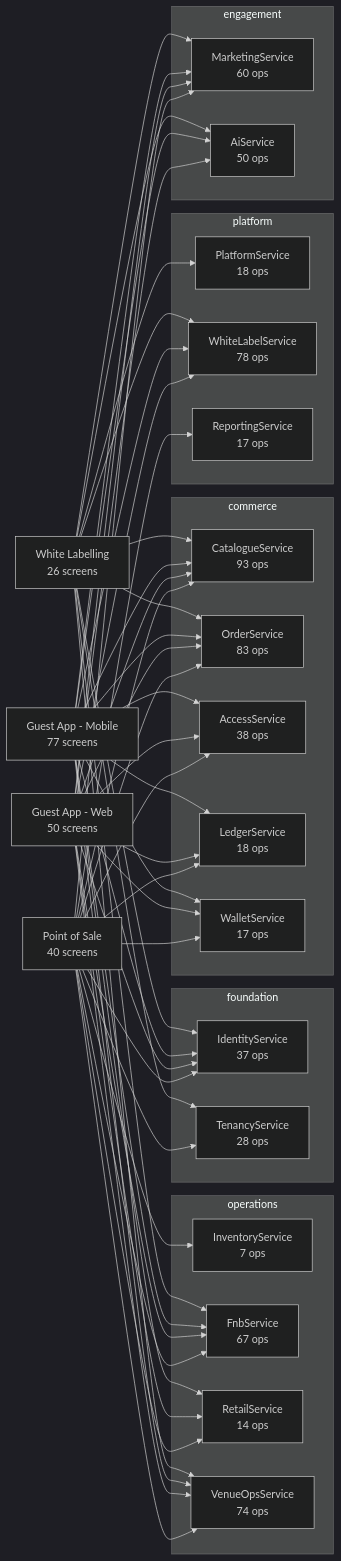
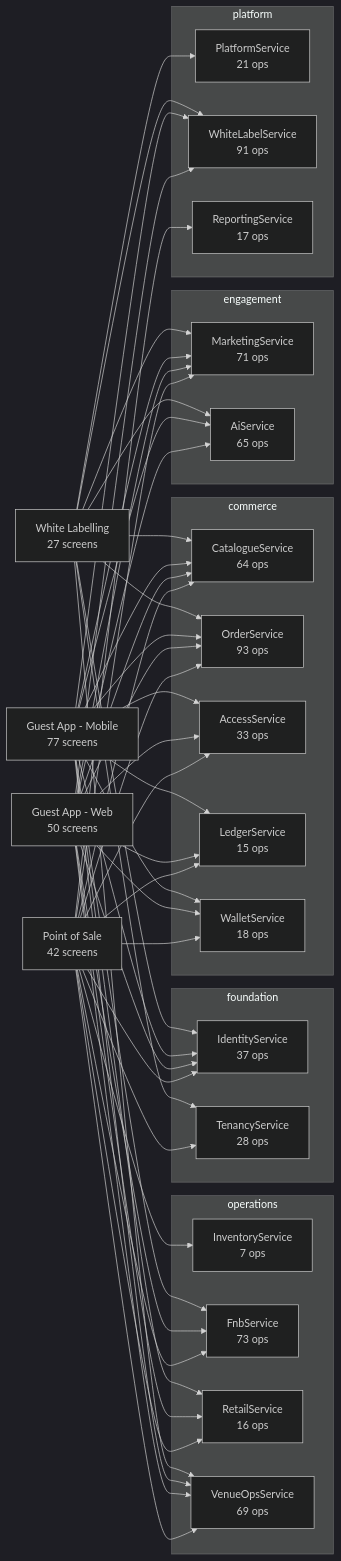
The diagram in ticvai/repos/ticvai-backend/project-bible/handoff/service-docs/README.md (Diretide298/Solution_Architecture), drawn with Mermaid (dark theme) before and after one commit. The commit also changed other lines of this file and 13004 other files, not shown here.

````diff
--- a/ticvai/repos/ticvai-backend/project-bible/handoff/service-docs/README.md
+++ b/ticvai/repos/ticvai-backend/project-bible/handoff/service-docs/README.md
@@ -9,80 +9,79 @@
 ```mermaid
 flowchart LR
-  POS["Point of Sale<br/>40 screens"]
+  POS["Point of Sale<br/>42 screens"]
   WEB["Guest App - Web<br/>50 screens"]
   MOB["Guest App - Mobile<br/>77 screens"]
-  WL["White Labelling<br/>26 screens"]
+  WL["White Labelling<br/>27 screens"]
   subgraph foundation
     IdentityService["IdentityService<br/>37 ops"]
     TenancyService["TenancyService<br/>28 ops"]
   end
   subgraph commerce
-    CatalogueService["CatalogueService<br/>93 ops"]
-    OrderService["OrderService<br/>83 ops"]
-    AccessService["AccessService<br/>38 ops"]
-    LedgerService["LedgerService<br/>18 ops"]
-    WalletService["WalletService<br/>17 ops"]
+    CatalogueService["CatalogueService<br/>64 ops"]
+    OrderService["OrderService<br/>93 ops"]
+    AccessService["AccessService<br/>33 ops"]
+    LedgerService["LedgerService<br/>15 ops"]
+    WalletService["WalletService<br/>18 ops"]
   end
   subgraph operations
     InventoryService["InventoryService<br/>7 ops"]
-    FnbService["FnbService<br/>67 ops"]
-    RetailService["RetailService<br/>14 ops"]
-    VenueOpsService["VenueOpsService<br/>74 ops"]
+    FnbService["FnbService<br/>73 ops"]
+    RetailService["RetailService<br/>16 ops"]
+    VenueOpsService["VenueOpsService<br/>69 ops"]
   end
   subgraph engagement
-    MarketingService["MarketingService<br/>60 ops"]
-    AiService["AiService<br/>50 ops"]
+    MarketingService["MarketingService<br/>71 ops"]
+    AiService["AiService<br/>65 ops"]
   end
   subgraph platform
-    PlatformService["PlatformService<br/>18 ops"]
-    WhiteLabelService["WhiteLabelService<br/>78 ops"]
+    PlatformService["PlatformService<br/>21 ops"]
+    WhiteLabelService["WhiteLabelService<br/>91 ops"]
     ReportingService["ReportingService<br/>17 ops"]
   end
   POS --> OrderService
   WEB --> OrderService
   MOB --> OrderService
   WL --> OrderService
   POS --> CatalogueService
   WEB --> CatalogueService
   MOB --> CatalogueService
   WL --> CatalogueService
   POS --> AccessService
   WEB --> AccessService
   MOB --> AccessService
   WL --> PlatformService
   POS --> MarketingService
   WEB --> MarketingService
   MOB --> MarketingService
   WL --> MarketingService
   POS --> VenueOpsService
   WEB --> VenueOpsService
   MOB --> VenueOpsService
   WL --> VenueOpsService
   POS --> TenancyService
   WL --> TenancyService
   POS --> ReportingService
   POS --> FnbService
   WEB --> FnbService
   MOB --> FnbService
-  WL --> FnbService
+  WEB --> WhiteLabelService
+  MOB --> WhiteLabelService
+  WL --> WhiteLabelService
   POS --> InventoryService
   POS --> WalletService
   WEB --> WalletService
   MOB --> WalletService
   POS --> IdentityService
   WEB --> IdentityService
   MOB --> IdentityService
   WL --> IdentityService
-  WEB --> WhiteLabelService
-  MOB --> WhiteLabelService
-  WL --> WhiteLabelService
+  POS --> RetailService
+  WEB --> RetailService
+  MOB --> RetailService
   WEB --> AiService
   MOB --> AiService
   WL --> AiService
   POS --> LedgerService
   WEB --> LedgerService
   MOB --> LedgerService
-  POS --> RetailService
-  WEB --> RetailService
-  MOB --> RetailService
 ```
````
